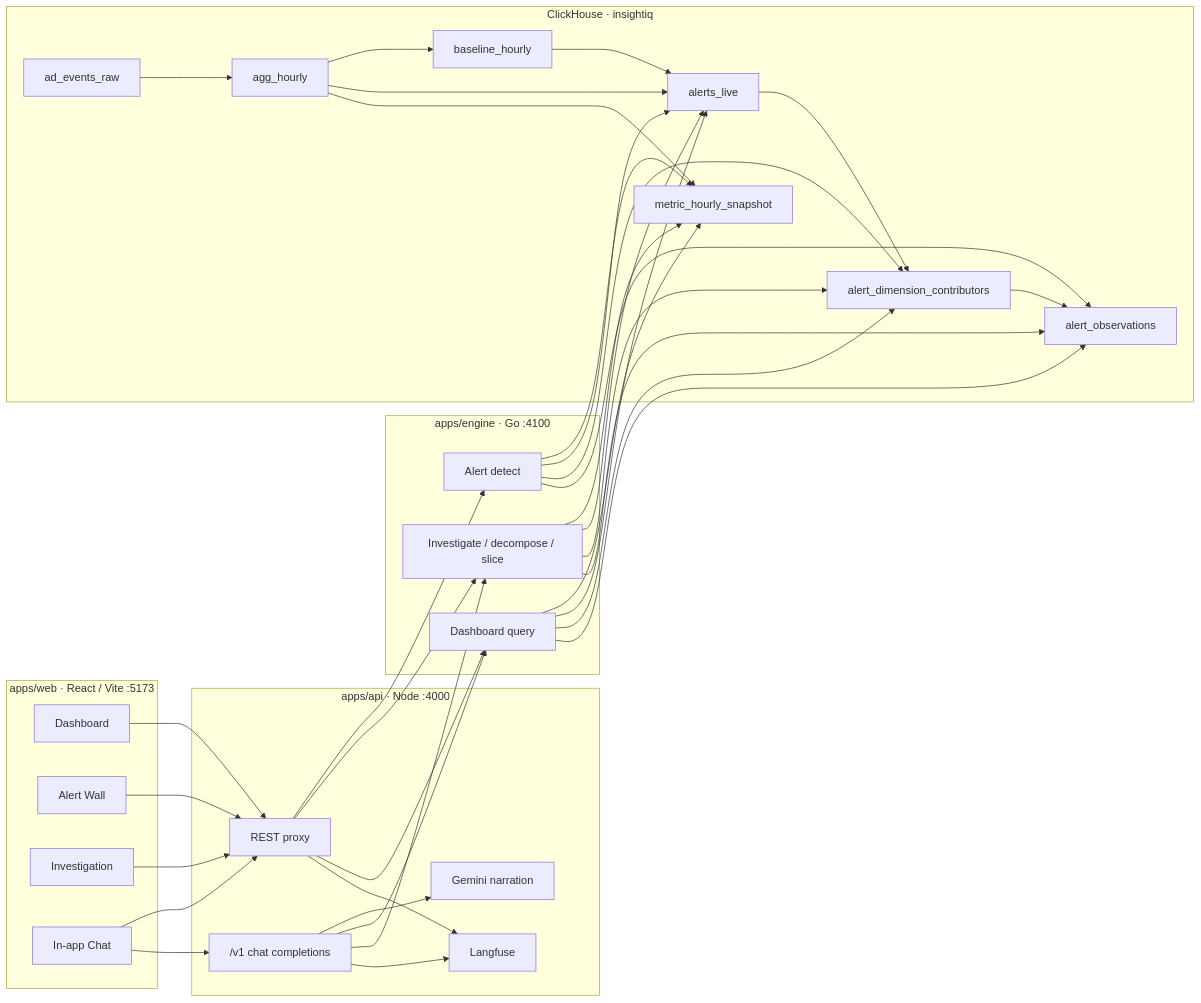
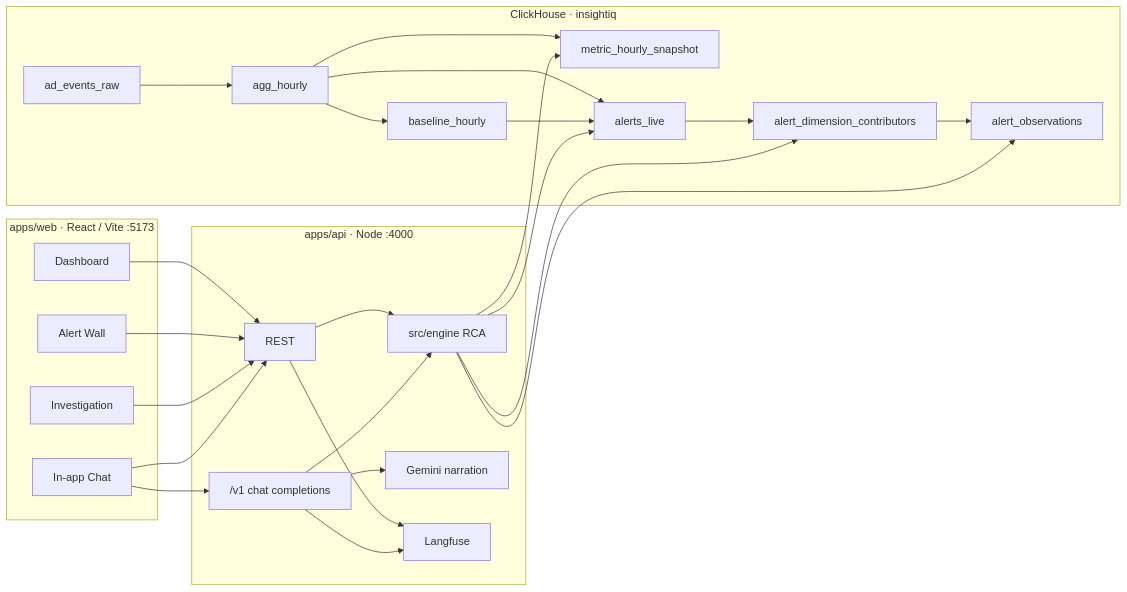
One commit to rogue-wild/InsightIQ changed the diagram in docs/architecture.md. Above: the diagram before and after it, drawn with Mermaid. The commit also changed other lines of this file and 32 other files, not shown here.

````diff
--- a/docs/architecture.md
+++ b/docs/architecture.md
@@ -9,47 +9,41 @@
 ```mermaid
 flowchart LR
   subgraph UI["apps/web · React / Vite :5173"]
     Dash[Dashboard]
     Alerts[Alert Wall]
     Inv[Investigation]
     Chat[In-app Chat]
   end
 
   subgraph API["apps/api · Node :4000"]
-    REST[REST proxy]
+    REST[REST]
+    Eng["src/engine RCA"]
     LLM[Gemini narration]
     OAI["/v1 chat completions"]
     Trace[Langfuse]
-  end
-
-  subgraph Engine["apps/engine · Go :4100"]
-    Detect[Alert detect]
-    RCA[Investigate / decompose / slice]
-    DashQ[Dashboard query]
   end
 
   subgraph CH["ClickHouse · insightiq"]
     Raw[ad_events_raw]
     Agg[agg_hourly]
     Base[baseline_hourly]
     Snap[metric_hourly_snapshot]
     AlertsLive[alerts_live]
     Contrib[alert_dimension_contributors]
     Obs[alert_observations]
   end
 
   Raw --> Agg --> Base
   Agg --> AlertsLive
   Base --> AlertsLive
   AlertsLive --> Contrib --> Obs
   Agg --> Snap
 
   Dash & Alerts & Inv & Chat --> REST
   Chat --> OAI
-  REST --> Detect & RCA & DashQ
+  REST --> Eng
   OAI --> LLM
-  OAI --> DashQ
-  OAI --> RCA
-  Detect & RCA & DashQ --> Snap & AlertsLive & Contrib & Obs
+  OAI --> Eng
+  Eng --> Snap & AlertsLive & Contrib & Obs
   REST & OAI --> Trace
 ```
````
